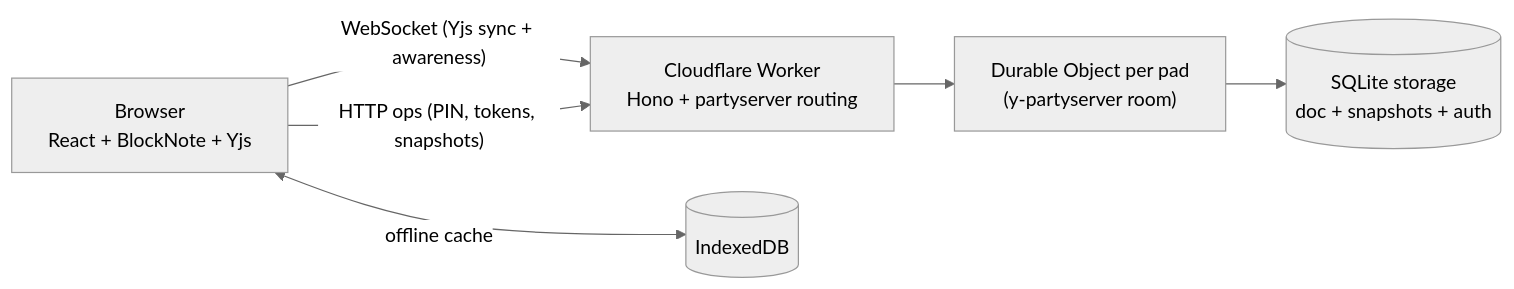
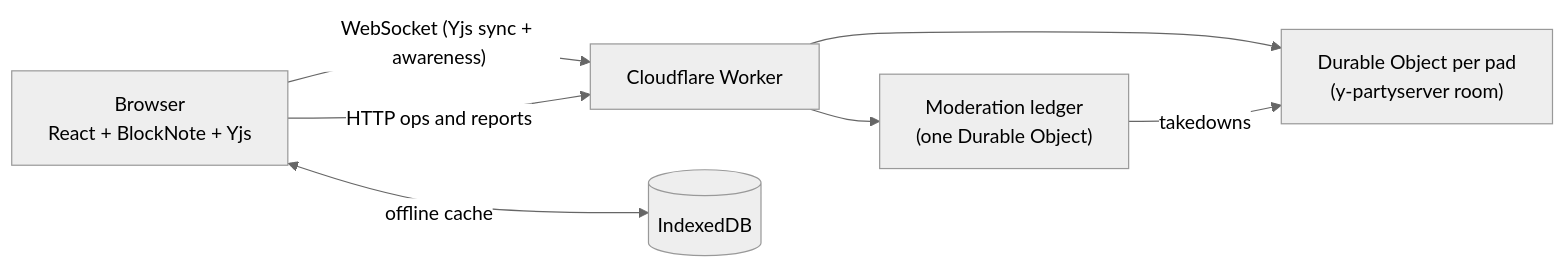
One commit to idcesares/padline changed the diagram in README.md. Above: the diagram before and after it, drawn with Mermaid (neutral theme). The commit also changed other lines of this file and 12 other files, not shown here.

````diff
--- a/README.md
+++ b/README.md
@@ -30,8 +45,9 @@
 ```mermaid
 flowchart LR
-    B[Browser<br/>React + BlockNote + Yjs] -->|"WebSocket (Yjs sync + awareness)"| W[Cloudflare Worker<br/>Hono + partyserver routing]
-    B -->|"HTTP ops (PIN, tokens, snapshots)"| W
+    B[Browser<br/>React + BlockNote + Yjs] -->|"WebSocket (Yjs sync + awareness)"| W[Cloudflare Worker]
+    B -->|"HTTP ops and reports"| W
     W --> DO["Durable Object per pad<br/>(y-partyserver room)"]
-    DO --> S[("SQLite storage<br/>doc + snapshots + auth")]
+    W --> L["Moderation ledger<br/>(one Durable Object)"]
+    L -->|takedowns| DO
     B <-->|offline cache| IDB[(IndexedDB)]
 ```
````
